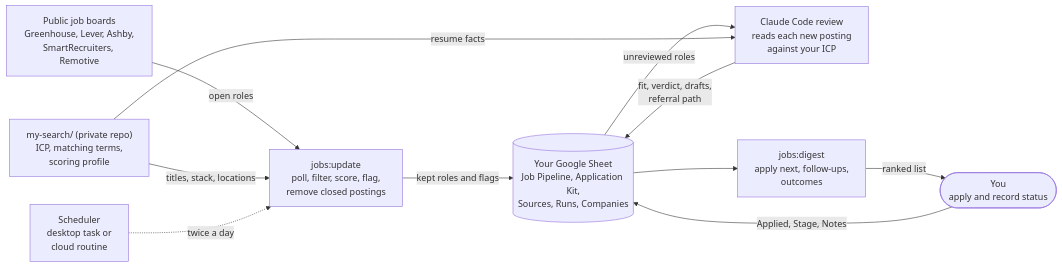
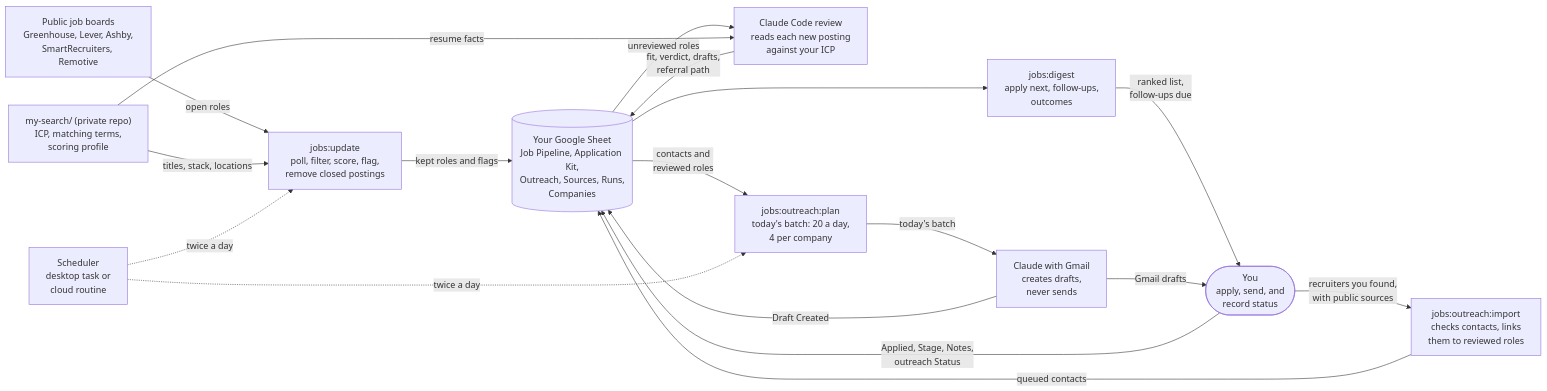
One commit to Hritvik-Mohan/scout changed the first of 2 diagrams in README.md. Above: the diagram before and after it, drawn with Mermaid. The commit also changed other lines of this file, not shown here.

Commit message:
docs: show the outreach loop in the README flowchart
The "How it fits together" diagram now includes the Outreach tab,
contact import, the daily plan, Gmail drafts created by Claude, and
outreach follow-ups in the digest. The paragraph below it says Claude
also creates the drafts and that the user sends every email.

````diff
--- a/README.md
+++ b/README.md
@@ -46,22 +46,32 @@
 ```mermaid
 flowchart LR
     boards["Public job boards<br/>Greenhouse, Lever, Ashby,<br/>SmartRecruiters, Remotive"]
     search["my-search/ (private repo)<br/>ICP, matching terms,<br/>scoring profile"]
     sched["Scheduler<br/>desktop task or<br/>cloud routine"]
     update["jobs:update<br/>poll, filter, score, flag,<br/>remove closed postings"]
-    sheet[("Your Google Sheet<br/>Job Pipeline, Application Kit,<br/>Sources, Runs, Companies")]
+    sheet[("Your Google Sheet<br/>Job Pipeline, Application Kit,<br/>Outreach, Sources, Runs,<br/>Companies")]
     review["Claude Code review<br/>reads each new posting<br/>against your ICP"]
     digest["jobs:digest<br/>apply next, follow-ups,<br/>outcomes"]
-    you(["You<br/>apply and record status"])
+    import["jobs:outreach:import<br/>checks contacts, links<br/>them to reviewed roles"]
+    plan["jobs:outreach:plan<br/>today's batch: 20 a day,<br/>4 per company"]
+    drafts["Claude with Gmail<br/>creates drafts,<br/>never sends"]
+    you(["You<br/>apply, send, and<br/>record status"])
 
     boards -- "open roles" --> update
     search -- "titles, stack, locations" --> update
     sched -. "twice a day" .-> update
     update -- "kept roles and flags" --> sheet
     sheet -- "unreviewed roles" --> review
     search -- "resume facts" --> review
     review -- "fit, verdict, drafts,<br/>referral path" --> sheet
     sheet --> digest
-    digest -- "ranked list" --> you
-    you -- "Applied, Stage, Notes" --> sheet
+    digest -- "ranked list,<br/>follow-ups due" --> you
+    you -- "recruiters you found,<br/>with public sources" --> import
+    import -- "queued contacts" --> sheet
+    sheet -- "contacts and<br/>reviewed roles" --> plan
+    sched -. "twice a day" .-> plan
+    plan -- "today's batch" --> drafts
+    drafts -- "Gmail drafts" --> you
+    drafts -- "Draft Created" --> sheet
+    you -- "Applied, Stage, Notes,<br/>outreach Status" --> sheet
 ```
````
